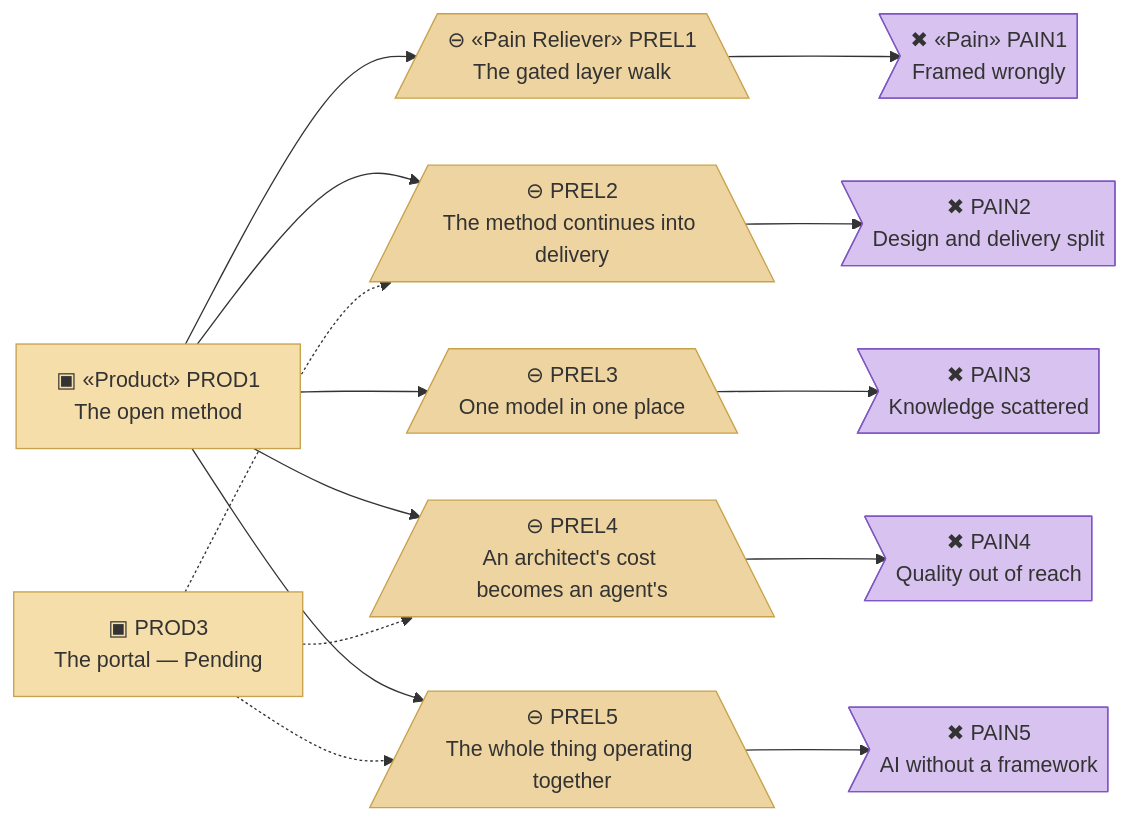
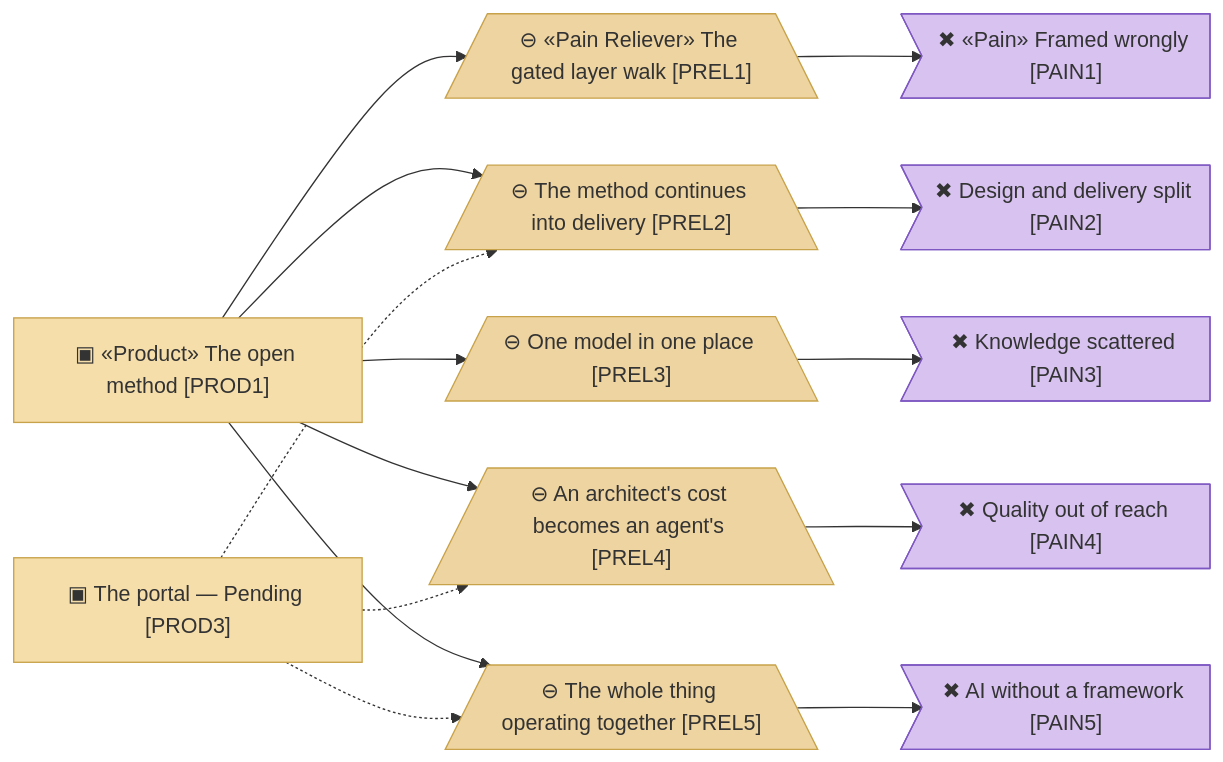
One commit to roanboc/architecture-archreator changed the sixth of 6 diagrams in org-archreator/architecture/0_business-design/1_value-proposition-canvas.md. Above: the diagram before and after it, drawn with Mermaid. The commit also changed other lines of this file and 38 other files, not shown here.

````diff
--- a/org-archreator/architecture/0_business-design/1_value-proposition-canvas.md
+++ b/org-archreator/architecture/0_business-design/1_value-proposition-canvas.md
@@ -347,36 +347,36 @@
 ```mermaid
 flowchart LR
-  prod1["▣ «Product» PROD1<br>The open method"]:::product
-  prod3["▣ PROD3<br>The portal — Pending"]:::product
+  prod1["▣ «Product» The open method [PROD1]"]:::product
+  prod3["▣ The portal — Pending [PROD3]"]:::product
 
-  prel1[/"⊖ «Pain Reliever» PREL1<br>The gated layer walk"\]:::reliever
-  prel2[/"⊖ PREL2<br>The method continues into delivery"\]:::reliever
-  prel3[/"⊖ PREL3<br>One model in one place"\]:::reliever
-  prel4[/"⊖ PREL4<br>An architect's cost becomes an agent's"\]:::reliever
-  prel5[/"⊖ PREL5<br>The whole thing operating together"\]:::reliever
+  prel1[/"⊖ «Pain Reliever» The gated layer walk [PREL1]"\]:::reliever
+  prel2[/"⊖ The method continues into delivery [PREL2]"\]:::reliever
+  prel3[/"⊖ One model in one place [PREL3]"\]:::reliever
+  prel4[/"⊖ An architect's cost becomes an agent's [PREL4]"\]:::reliever
+  prel5[/"⊖ The whole thing operating together [PREL5]"\]:::reliever
 
-  pain1>"✖ «Pain» PAIN1<br>Framed wrongly"]:::pain
-  pain2>"✖ PAIN2<br>Design and delivery split"]:::pain
-  pain3>"✖ PAIN3<br>Knowledge scattered"]:::pain
-  pain4>"✖ PAIN4<br>Quality out of reach"]:::pain
-  pain5>"✖ PAIN5<br>AI without a framework"]:::pain
+  pain1>"✖ «Pain» Framed wrongly [PAIN1]"]:::pain
+  pain2>"✖ Design and delivery split [PAIN2]"]:::pain
+  pain3>"✖ Knowledge scattered [PAIN3]"]:::pain
+  pain4>"✖ Quality out of reach [PAIN4]"]:::pain
+  pain5>"✖ AI without a framework [PAIN5]"]:::pain
 
   prod1 --> prel1
   prod1 --> prel2
   prod1 --> prel3
   prod1 --> prel4
   prod1 --> prel5
   prod3 -.-> prel2
   prod3 -.-> prel4
   prod3 -.-> prel5
 
   prel1 --> pain1
   prel2 --> pain2
   prel3 --> pain3
   prel4 --> pain4
   prel5 --> pain5
 
   classDef product fill:#f5deaa,stroke:#c8a24a,color:#333
   classDef reliever fill:#eed4a0,stroke:#c8a24a,color:#333
   classDef pain fill:#d8c3f0,stroke:#7e57c2,color:#333
 ```
````
